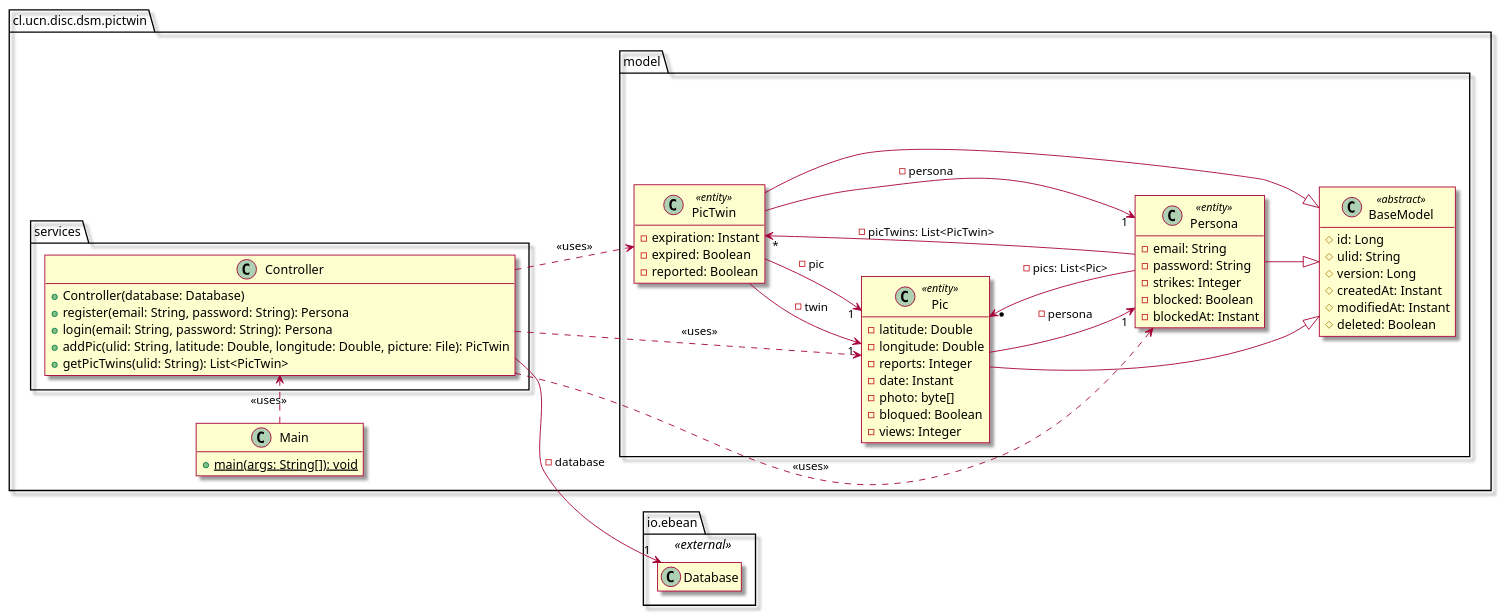
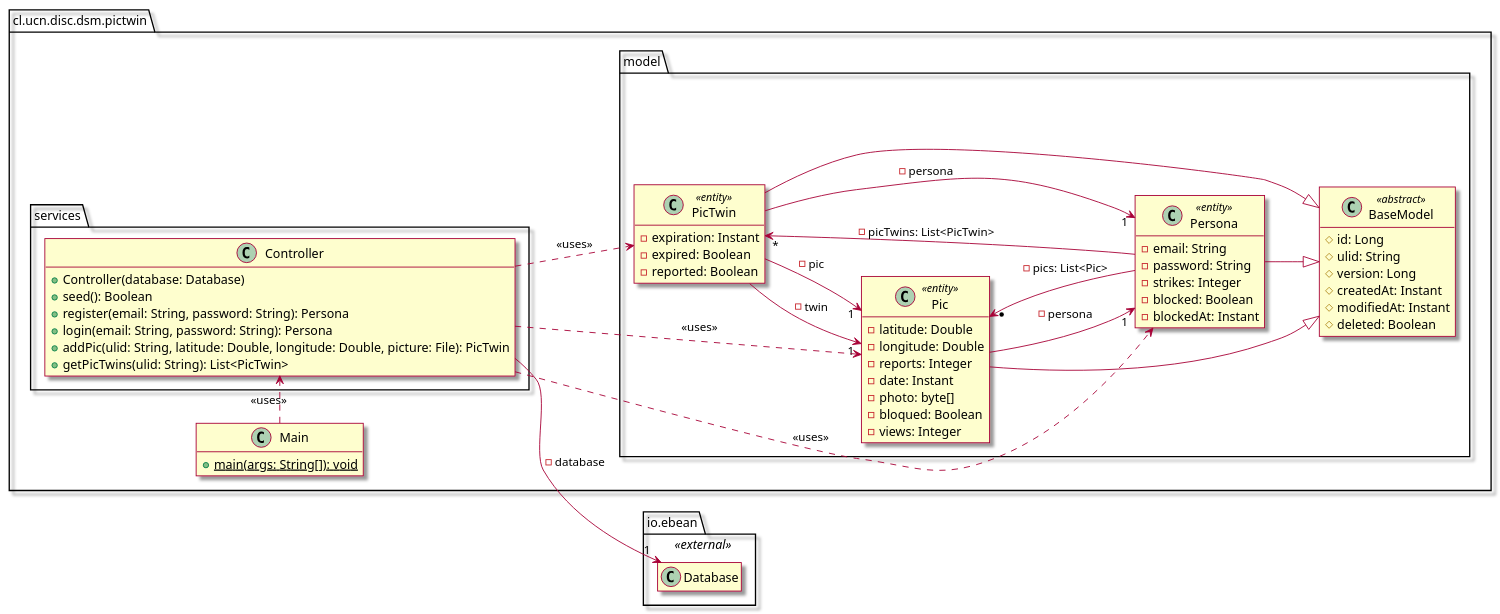
The diagram in docs/class.puml (godiecl/pictwin), drawn with PlantUML before and after one commit. The commit also changed 2 other files, not shown here.

Commit message:
refactor: add the seed database

```diff
--- a/docs/class.puml
+++ b/docs/class.puml
@@ -1,84 +1,85 @@
 @startuml
 skin rose
 hide empty method
 left to right direction
 set separator none
 allow_mixing
 hide empty members
 
 package io.ebean <<external>> {
     class Database {
     }
 }
 
 package cl.ucn.disc.dsm.pictwin {
 
     package model {
 
         class BaseModel <<abstract>> {
             # id: Long
             # ulid: String
             # version: Long
             # createdAt: Instant
             # modifiedAt: Instant
             # deleted: Boolean
         }
 
         class Persona <<entity>> {
             - email: String
             - password: String
             - strikes: Integer
             - blocked: Boolean
             - blockedAt: Instant
         }
         Persona --|> BaseModel
 
         class Pic <<entity>>{
             - latitude: Double
             - longitude: Double
             - reports: Integer
             - date: Instant
             - photo: byte[]
             - bloqued: Boolean
             - views: Integer
         }
         Pic --|> BaseModel
         Pic --> "1" Persona: - persona
         Pic "* " <-- Persona: - pics: List<Pic>
 
         class PicTwin <<entity>> {
             - expiration: Instant
             - expired: Boolean
             - reported: Boolean
         }
         PicTwin --|> BaseModel
         PicTwin --> "1" Persona: - persona
         PicTwin --> "1" Pic: - pic
         PicTwin --> "1" Pic: - twin
         PicTwin "*" <-- Persona: - picTwins: List<PicTwin>
 
     }
 
     package services {
 
         class Controller {
             + Controller(database: Database)
+            + seed(): Boolean
             + register(email: String, password: String): Persona
             + login(email: String, password: String): Persona
             + addPic(ulid: String, latitude: Double, longitude: Double, picture: File): PicTwin
             + getPicTwins(ulid: String): List<PicTwin>
         }
         Controller --> "1" Database:  - database
         Controller ..> Persona: <<uses>>
         Controller ..> Pic: <<uses>>
         Controller ..> PicTwin: <<uses>>
     }
 
     class Main {
         + {static} main(args: String[]): void
     }
     Main .> Controller: <<uses>>
 
 }
 
 @enduml
```
